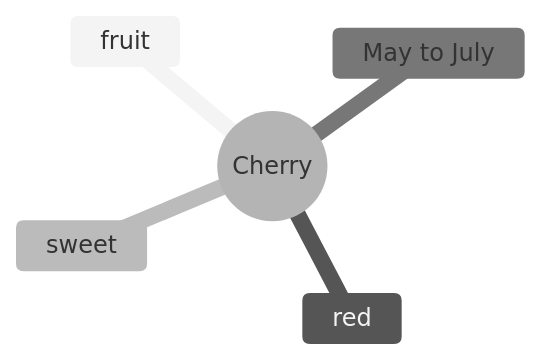
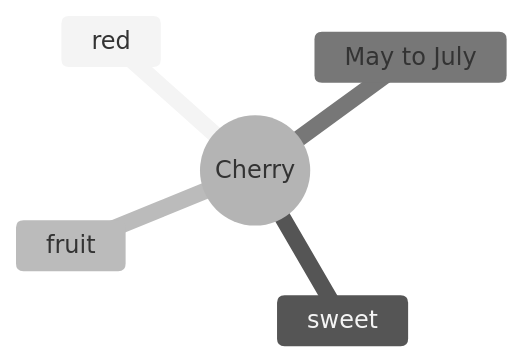
The eighth of 10 diagrams in index.qmd (rgaiacs/dra-ttt-didactics-lesson), drawn with Mermaid (neutral theme) before and after one commit. The commit also changed other lines of this file, not shown here.

````diff
--- a/index.qmd
+++ b/index.qmd
@@ -135,8 +137,8 @@
 ```{mermaid}
 mindmap
   root((Cherry))
-    fruit
     red
     sweet
+    fruit
     May to July
 ```
````
